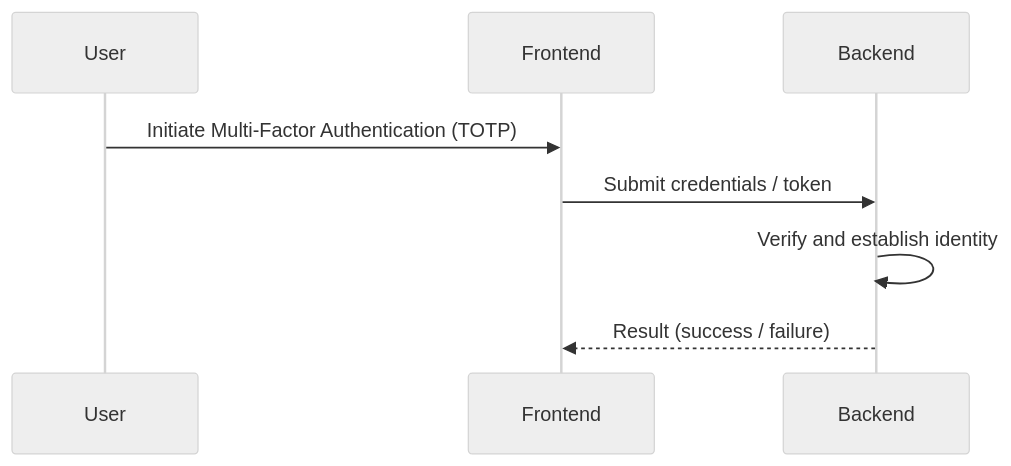
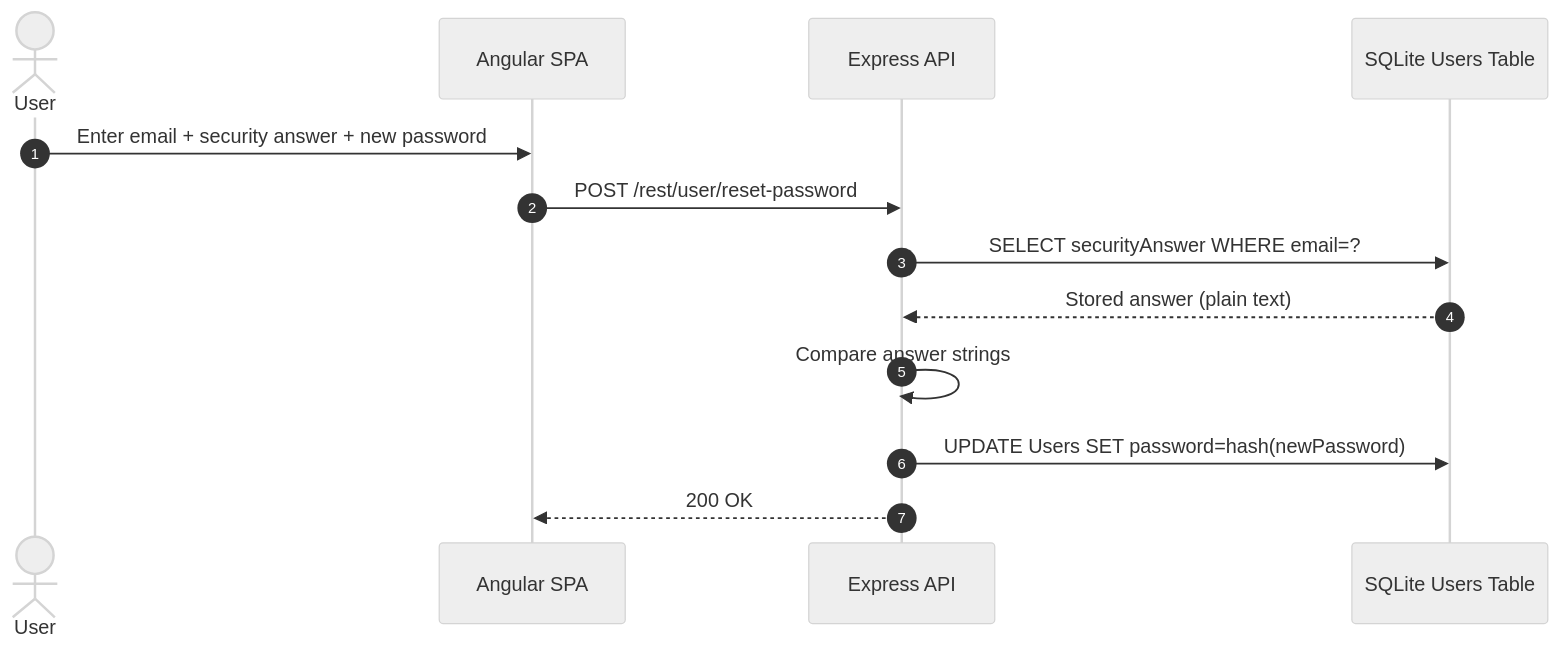
Diagram 24 of 27 in examples/threat-modeler/threat-model-juice-shop-standard.md (appsec-foundry/appsec-advisor), drawn with Mermaid (neutral theme) before and after one commit. The commit also changed other lines of this file and 3 other files, not shown here.

````diff
--- a/examples/threat-modeler/threat-model-juice-shop-standard.md
+++ b/examples/threat-modeler/threat-model-juice-shop-standard.md
@@ -955,10 +1409,16 @@
 ```mermaid
 sequenceDiagram
-    participant U as User
-    participant FE as Frontend
-    participant API as Backend
-    U->>FE: Initiate Multi-Factor Authentication (TOTP)
-    FE->>API: Submit credentials / token
-    API->>API: Verify and establish identity
-    API-->>FE: Result (success / failure)
+    autonumber
+    actor User
+    participant SPA as Angular SPA
+    participant API as Express API
+    participant DB as SQLite Users Table
+
+    User->>SPA: Enter email + security answer + new password
+    SPA->>API: POST /rest/user/reset-password
+    API->>DB: SELECT securityAnswer WHERE email=?
+    DB-->>API: Stored answer (plain text)
+    API->>API: Compare answer strings
+    API->>DB: UPDATE Users SET password=hash(newPassword)
+    API-->>SPA: 200 OK
 ```
````
